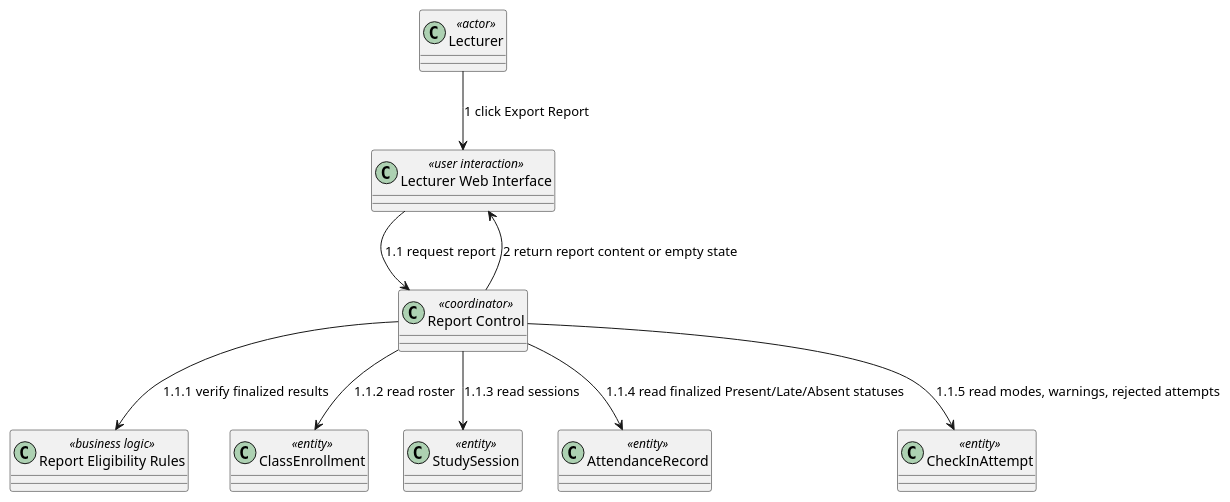
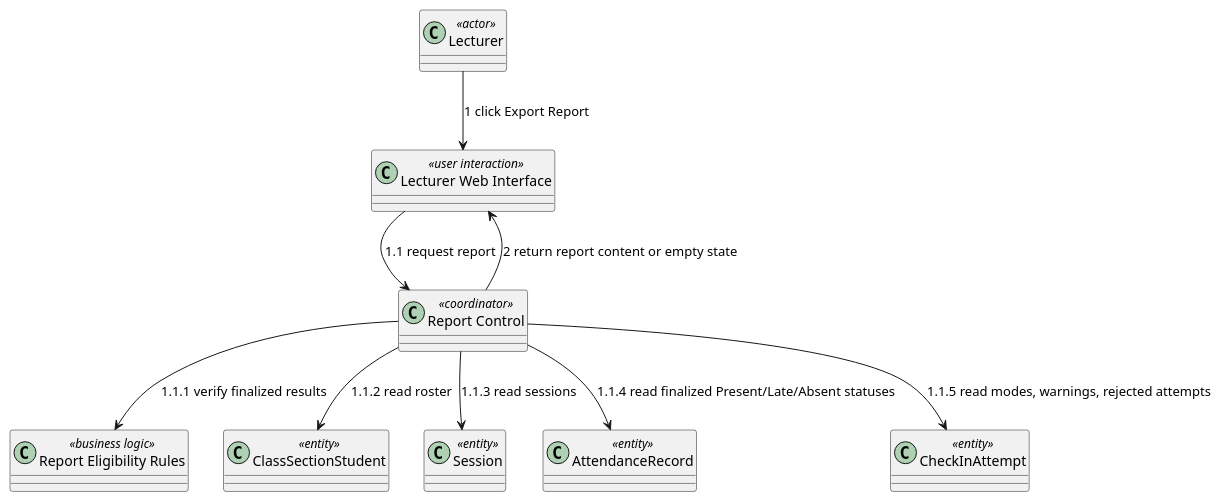
One commit to nttung42/SWD392 changed diagram 22 of 29 in docs/sds/2_Analysis.md. Above: the diagram before and after it, drawn with PlantUML. The commit also changed other lines of this file and 2 other files, not shown here.

````diff
--- a/docs/sds/2_Analysis.md
+++ b/docs/sds/2_Analysis.md
@@ -1130,21 +1138,21 @@
 ```plantuml
 @startuml
 class "Lecturer" as Lecturer <<actor>>
 class "Lecturer Web Interface" as LecturerUI <<user interaction>>
 class "Report Control" as ReportControl <<coordinator>>
 class "Report Eligibility Rules" as ReportRules <<business logic>>
-class "ClassEnrollment" as ClassEnrollment <<entity>>
-class "StudySession" as StudySession <<entity>>
+class "ClassSectionStudent" as ClassSectionStudent <<entity>>
+class "Session" as Session <<entity>>
 class "AttendanceRecord" as AttendanceRecord <<entity>>
 class "CheckInAttempt" as CheckInAttempt <<entity>>
 
 Lecturer --> LecturerUI : 1 click Export Report
 LecturerUI --> ReportControl : 1.1 request report
 ReportControl --> ReportRules : 1.1.1 verify finalized results
-ReportControl --> ClassEnrollment : 1.1.2 read roster
-ReportControl --> StudySession : 1.1.3 read sessions
+ReportControl --> ClassSectionStudent : 1.1.2 read roster
+ReportControl --> Session : 1.1.3 read sessions
 ReportControl --> AttendanceRecord : 1.1.4 read finalized Present/Late/Absent statuses
 ReportControl --> CheckInAttempt : 1.1.5 read modes, warnings, rejected attempts
 ReportControl --> LecturerUI : 2 return report content or empty state
 @enduml
 ```
````
